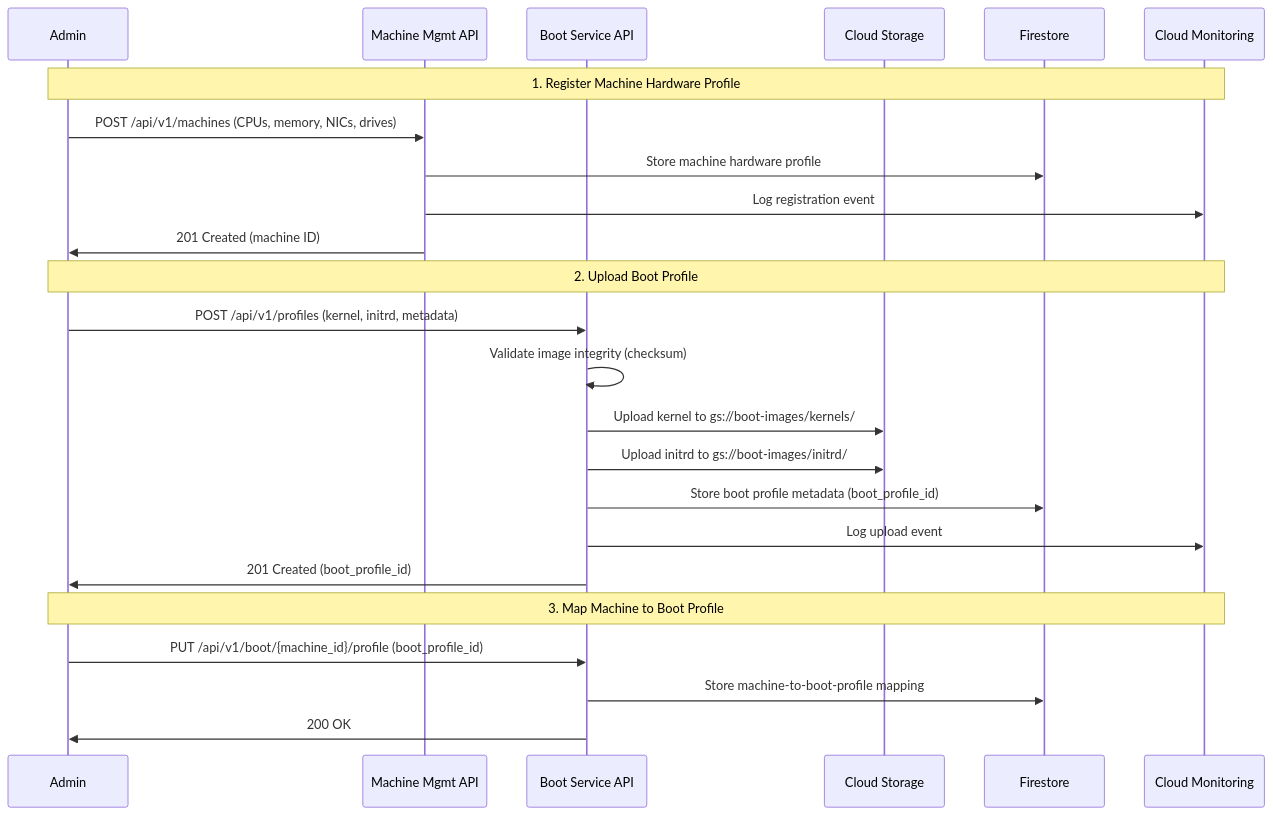
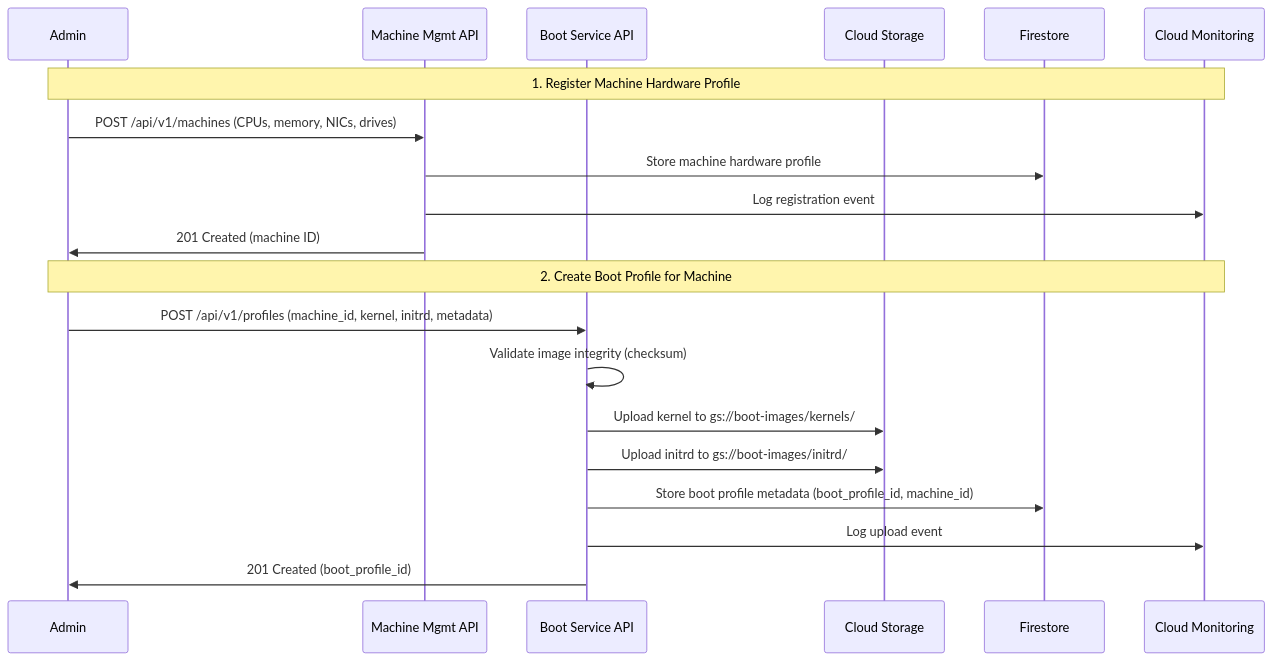
Before and after one commit to Zaba505/infra: the second of 11 diagrams in docs/content/r&d/adrs/0005-network-boot-infrastructure-gcp.md, drawn with Mermaid. The commit also changed other lines of this file, not shown here.

Commit message:
docs(issue-605): fixing some flows

````diff
--- a/docs/content/r&d/adrs/0005-network-boot-infrastructure-gcp.md
+++ b/docs/content/r&d/adrs/0005-network-boot-infrastructure-gcp.md
@@ -185,29 +186,24 @@
 ```mermaid
 sequenceDiagram
     participant Admin
     participant MachineAPI as Machine Mgmt API
     participant BootAPI as Boot Service API
     participant Storage as Cloud Storage
     participant DB as Firestore
     participant Monitor as Cloud Monitoring
 
     Note over Admin,Monitor: 1. Register Machine Hardware Profile
     Admin->>MachineAPI: POST /api/v1/machines (CPUs, memory, NICs, drives)
     MachineAPI->>DB: Store machine hardware profile
     MachineAPI->>Monitor: Log registration event
     MachineAPI->>Admin: 201 Created (machine ID)
 
-    Note over Admin,Monitor: 2. Upload Boot Profile
-    Admin->>BootAPI: POST /api/v1/profiles (kernel, initrd, metadata)
+    Note over Admin,Monitor: 2. Create Boot Profile for Machine
+    Admin->>BootAPI: POST /api/v1/profiles (machine_id, kernel, initrd, metadata)
     BootAPI->>BootAPI: Validate image integrity (checksum)
     BootAPI->>Storage: Upload kernel to gs://boot-images/kernels/
     BootAPI->>Storage: Upload initrd to gs://boot-images/initrd/
-    BootAPI->>DB: Store boot profile metadata (boot_profile_id)
+    BootAPI->>DB: Store boot profile metadata (boot_profile_id, machine_id)
     BootAPI->>Monitor: Log upload event
     BootAPI->>Admin: 201 Created (boot_profile_id)
-
-    Note over Admin,Monitor: 3. Map Machine to Boot Profile
-    Admin->>BootAPI: PUT /api/v1/boot/{machine_id}/profile (boot_profile_id)
-    BootAPI->>DB: Store machine-to-boot-profile mapping
-    BootAPI->>Admin: 200 OK
 ```
````
